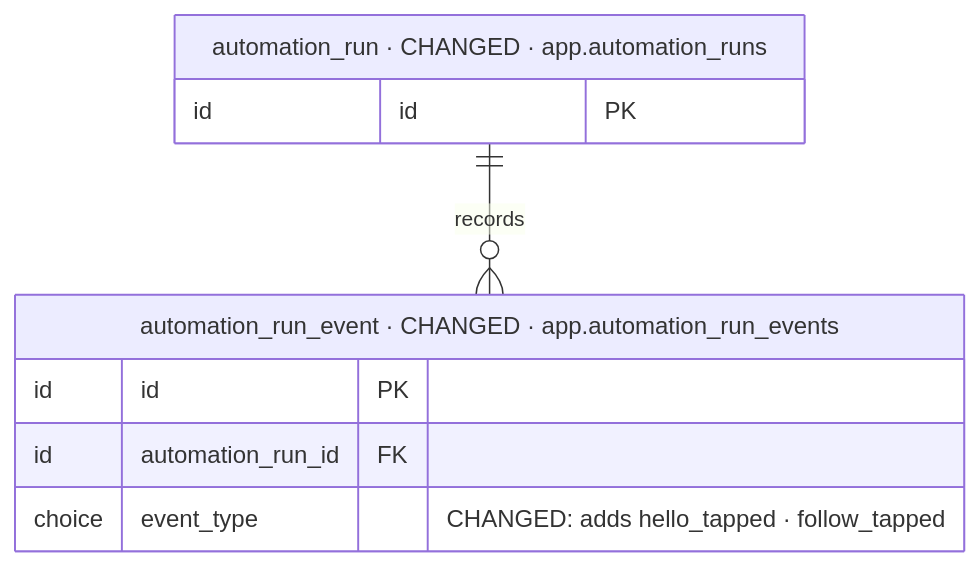
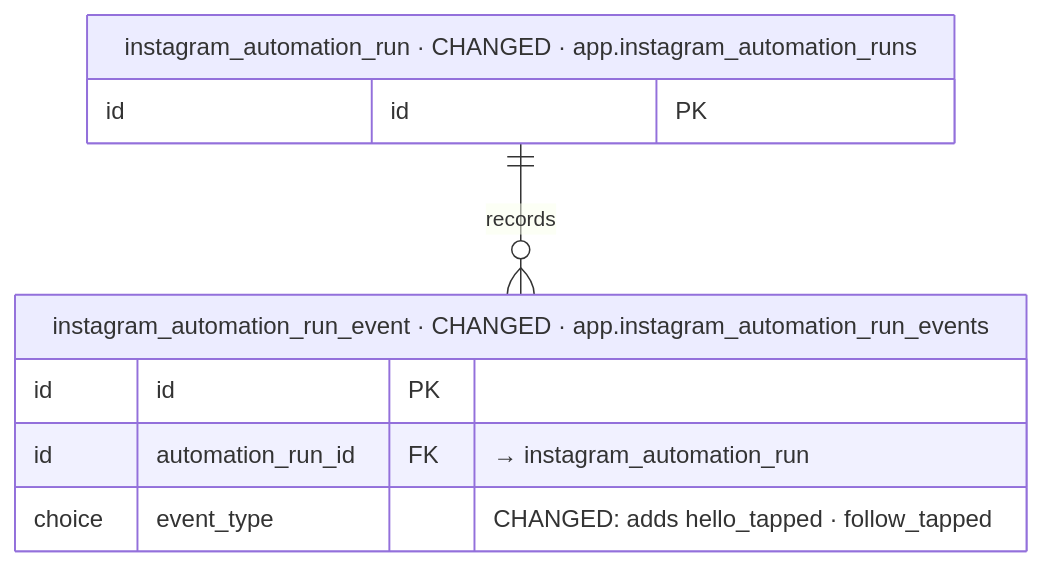
Diagram 16 of 40 in iterations/feat-instagram-dm-sending-2026-11-23-oxak/plans/db-changes.md (albetrios/meepzo-be), drawn with Mermaid before and after one commit. The commit also changed other lines of this file and 3 other files, not shown here.

````diff
--- a/iterations/feat-instagram-dm-sending-2026-11-23-oxak/plans/db-changes.md
+++ b/iterations/feat-instagram-dm-sending-2026-11-23-oxak/plans/db-changes.md
@@ -766,12 +893,12 @@
 ```mermaid
 erDiagram
-  automation_run_event["automation_run_event · CHANGED · app.automation_run_events"] {
+  instagram_automation_run_event["instagram_automation_run_event · CHANGED · app.instagram_automation_run_events"] {
     id id PK
-    id automation_run_id FK
+    id automation_run_id FK "→ instagram_automation_run"
     choice event_type "CHANGED: adds hello_tapped · follow_tapped"
   }
-  automation_run["automation_run · CHANGED · app.automation_runs"] {
+  instagram_automation_run["instagram_automation_run · CHANGED · app.instagram_automation_runs"] {
     id id PK
   }
-  automation_run ||--o{ automation_run_event : "records"
+  instagram_automation_run ||--o{ instagram_automation_run_event : "records"
 ```
````
